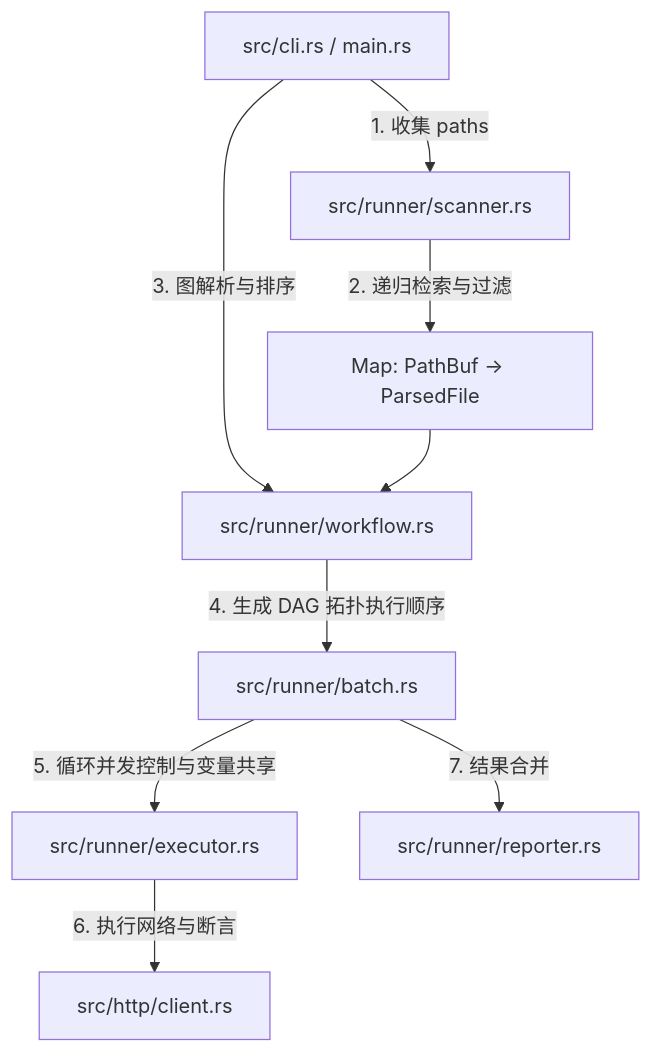
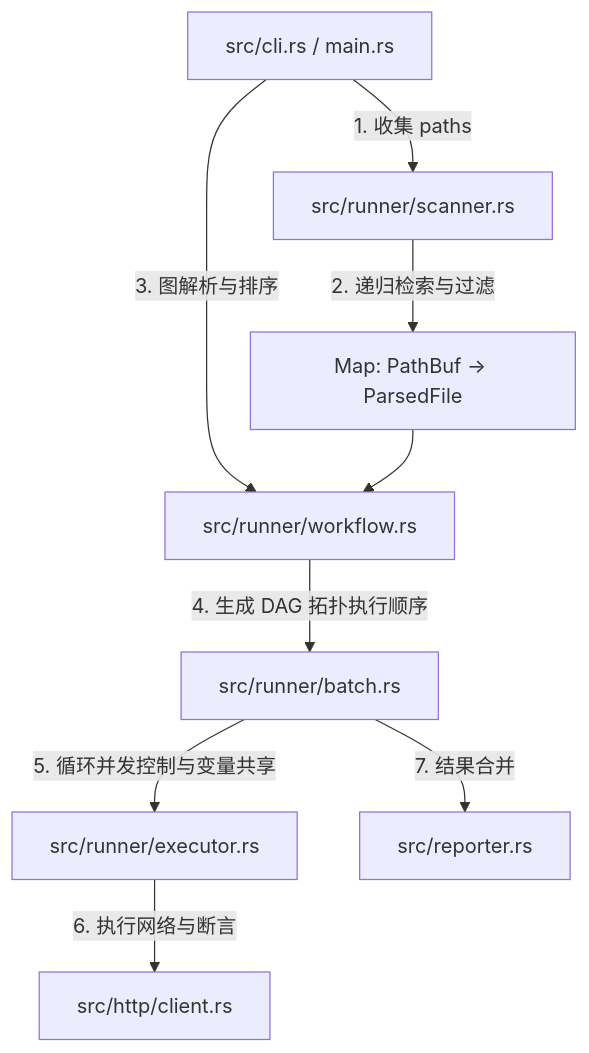
The diagram in doc/plans/2026-06-04-multi-file-testing-design.md (zseyen/rupost), drawn with Mermaid before and after one commit. The commit also changed other lines of this file and 23 other files, not shown here.

````diff
--- a/doc/plans/2026-06-04-multi-file-testing-design.md
+++ b/doc/plans/2026-06-04-multi-file-testing-design.md
@@ -64,11 +64,11 @@
 ```mermaid
 graph TD
     CLI[src/cli.rs / main.rs] -->|1. 收集 paths | Scanner[src/runner/scanner.rs]
     Scanner -->|2. 递归检索与过滤 | FileMap[Map: PathBuf -> ParsedFile]
     CLI -->|3. 图解析与排序 | Workflow[src/runner/workflow.rs]
     FileMap --> Workflow
     Workflow -->|4. 生成 DAG 拓扑执行顺序 | Batch[src/runner/batch.rs]
     Batch -->|5. 循环并发控制与变量共享 | Exec[src/runner/executor.rs]
     Exec -->|6. 执行网络与断言 | HTTP[src/http/client.rs]
-    Batch -->|7. 结果合并 | Aggregator[src/runner/reporter.rs]
+    Batch -->|7. 结果合并 | Aggregator[src/reporter.rs]
 ```
````
